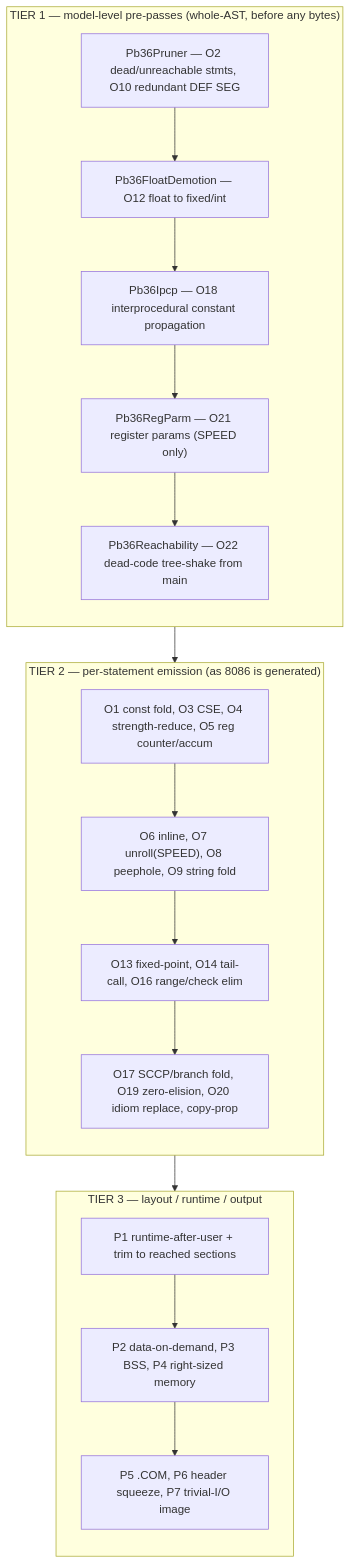
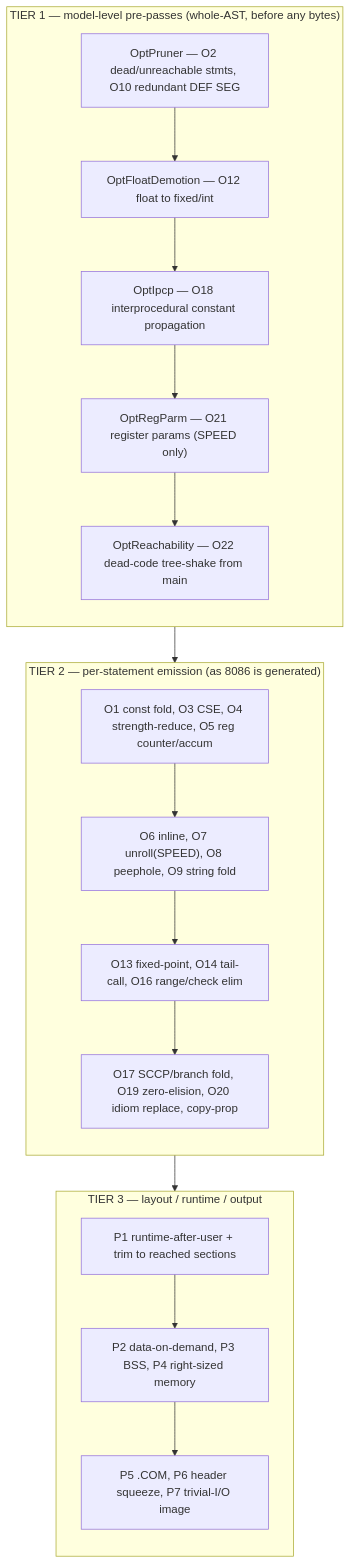
One commit to Hawkynt/PB-Compiler changed the third of 6 diagrams in docs/PIPELINE.md. Above: the diagram before and after it, drawn with Mermaid. The commit also changed other lines of this file and 24 other files, not shown here.

````diff
--- a/docs/PIPELINE.md
+++ b/docs/PIPELINE.md
@@ -40,28 +40,28 @@
 ```mermaid
 flowchart TD
   subgraph T1["TIER 1 — model-level pre-passes (whole-AST, before any bytes)"]
     direction TB
-    P1["Pb36Pruner — O2 dead/unreachable stmts, O10 redundant DEF SEG"]
-    P2["Pb36FloatDemotion — O12 float to fixed/int"]
-    P3["Pb36Ipcp — O18 interprocedural constant propagation"]
-    P4["Pb36RegParm — O21 register params (SPEED only)"]
-    P5["Pb36Reachability — O22 dead-code tree-shake from main"]
+    P1["OptPruner — O2 dead/unreachable stmts, O10 redundant DEF SEG"]
+    P2["OptFloatDemotion — O12 float to fixed/int"]
+    P3["OptIpcp — O18 interprocedural constant propagation"]
+    P4["OptRegParm — O21 register params (SPEED only)"]
+    P5["OptReachability — O22 dead-code tree-shake from main"]
     P1 --> P2 --> P3 --> P4 --> P5
   end
   subgraph T2["TIER 2 — per-statement emission (as 8086 is generated)"]
     direction TB
     E1["O1 const fold, O3 CSE, O4 strength-reduce, O5 reg counter/accum"]
     E2["O6 inline, O7 unroll(SPEED), O8 peephole, O9 string fold"]
     E3["O13 fixed-point, O14 tail-call, O16 range/check elim"]
     E4["O17 SCCP/branch fold, O19 zero-elision, O20 idiom replace, copy-prop"]
     E1 --> E2 --> E3 --> E4
   end
   subgraph T3["TIER 3 — layout / runtime / output"]
     direction TB
     L1["P1 runtime-after-user + trim to reached sections"]
     L2["P2 data-on-demand, P3 BSS, P4 right-sized memory"]
     L3["P5 .COM, P6 header squeeze, P7 trivial-I/O image"]
     L1 --> L2 --> L3
   end
   T1 --> T2 --> T3
 ```
````
